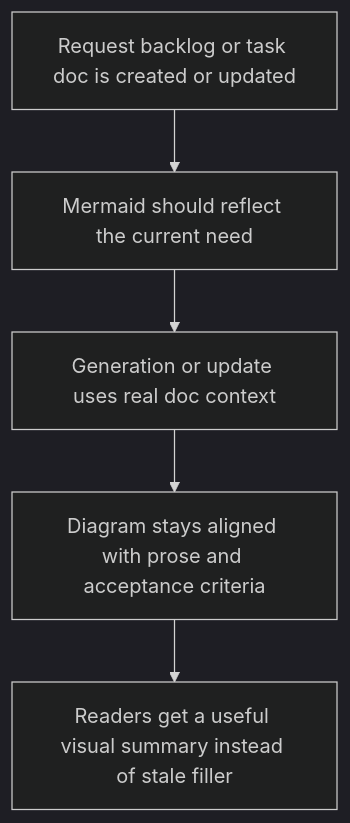
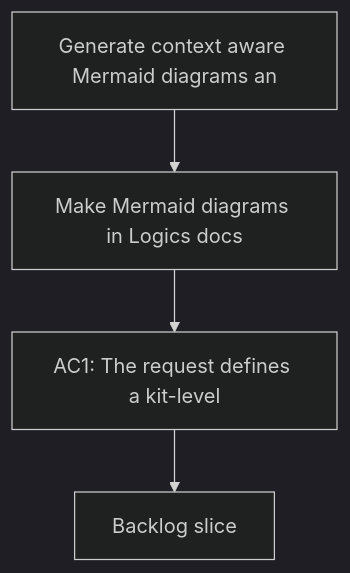
The diagram in logics/request/req_061_generate_context_aware_mermaid_diagrams_and_keep_them_updated_in_logics_docs.md (AlexAgo83/logics-manager), drawn with Mermaid (dark theme) before and after one commit. The commit also changed 481 other files, not shown here.

````diff
--- a/logics/request/req_061_generate_context_aware_mermaid_diagrams_and_keep_them_updated_in_logics_docs.md
+++ b/logics/request/req_061_generate_context_aware_mermaid_diagrams_and_keep_them_updated_in_logics_docs.md
@@ -36,9 +36,8 @@
 ```mermaid
 %% logics-kind: request
 %% logics-signature: request|generate-context-aware-mermaid-diagrams-|make-mermaid-diagrams-in-logics-docs|ac1-the-request-defines-a-kit-level
 flowchart TD
-    A[Request backlog or task doc is created or updated] --> B[Mermaid should reflect the current need]
-    B --> C[Generation or update uses real doc context]
-    C --> D[Diagram stays aligned with prose and acceptance criteria]
-    D --> E[Readers get a useful visual summary instead of stale filler]
+    Trigger[Generate context aware Mermaid diagrams an] --> Need[Make Mermaid diagrams in Logics docs]
+    Need --> Outcome[AC1: The request defines a kit-level]
+    Outcome --> Backlog[Backlog slice]
 ```
````
